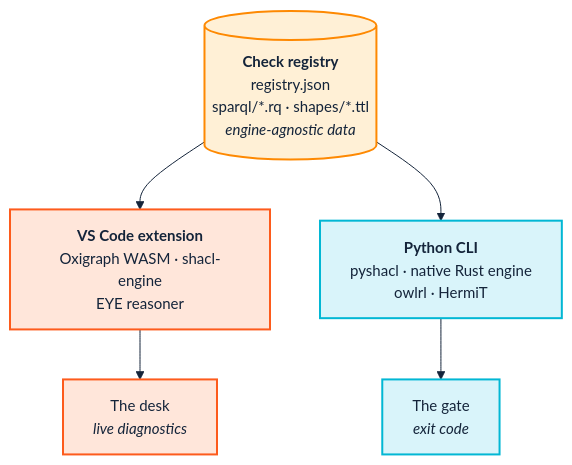
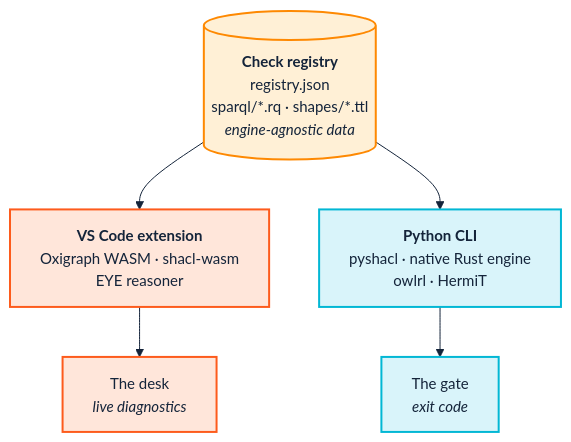
The diagram in docs/07-the-toolchain.md (pwin/SemOpsManual), drawn with Mermaid before and after one commit. The commit also changed other lines of this file and 7 other files, not shown here.

First line of the commit message:
Track upstream: WASM gains rules, the extension swaps engine

````diff
--- a/docs/07-the-toolchain.md
+++ b/docs/07-the-toolchain.md
@@ -32,19 +44,19 @@
 ```mermaid
 %%{init: {'theme':'base','themeVariables':{
   'fontSize':'15px','fontFamily':'Segoe UI, Helvetica, Arial, sans-serif',
   'lineColor':'#14243A','primaryTextColor':'#14243A',
   'edgeLabelBackground':'#FFFFFF'}}}%%
 flowchart TD
     REG[("<b>Check registry</b><br/>registry.json<br/>sparql/*.rq · shapes/*.ttl<br/><i>engine-agnostic data</i>")]
 
-    REG --> EXT["<b>VS Code extension</b><br/>Oxigraph WASM · shacl-engine<br/>EYE reasoner"]
+    REG --> EXT["<b>VS Code extension</b><br/>Oxigraph WASM · shacl-wasm<br/>EYE reasoner"]
     REG --> CLI["<b>Python CLI</b><br/>pyshacl · native Rust engine<br/>owlrl · HermiT"]
 
     EXT --> DESK["The desk<br/><i>live diagnostics</i>"]
     CLI --> GATE["The gate<br/><i>exit code</i>"]
 
     classDef govern fill:#FFF0D6,stroke:#FE8902,stroke-width:2px,color:#14243A;
     classDef human fill:#FFE6DA,stroke:#FD5B1C,stroke-width:2px,color:#14243A;
     classDef ci fill:#D9F4FA,stroke:#02B7D4,stroke-width:2px,color:#14243A;
     class REG govern; class EXT,DESK human; class CLI,GATE ci;
 ```
````
